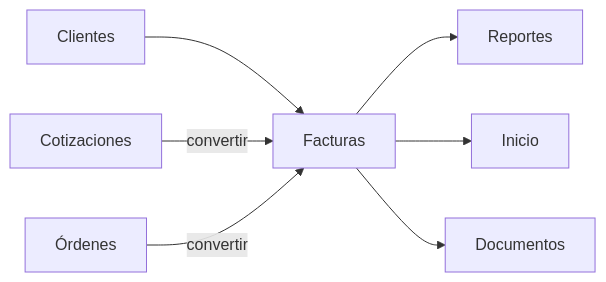
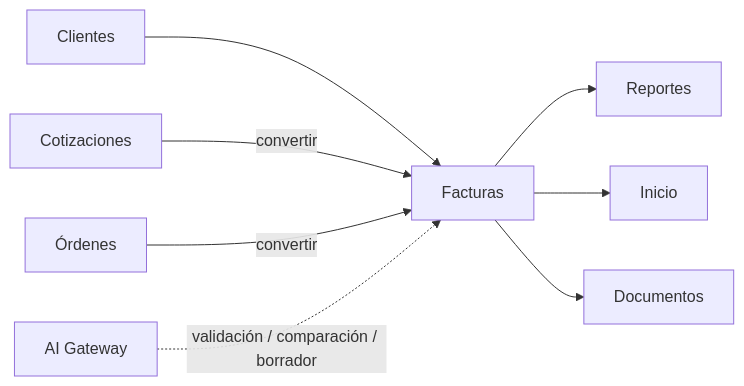
One commit to Ahcast/Bastion changed the diagram in bluehost/backend/app/Modules/Invoices/LINEAMIENTOS.md. Above: the diagram before and after it, drawn with Mermaid. The commit also changed other lines of this file, not shown here.

````diff
--- a/bluehost/backend/app/Modules/Invoices/LINEAMIENTOS.md
+++ b/bluehost/backend/app/Modules/Invoices/LINEAMIENTOS.md
@@ -201,9 +201,10 @@
 ```mermaid
 flowchart LR
     C[Clientes] --> F[Facturas]
     Q[Cotizaciones] -->|convertir| F
     O[Órdenes] -->|convertir| F
     F --> R[Reportes]
     F --> I[Inicio]
     F --> COL[Documentos]
+    AI[AI Gateway] -. validación / comparación / borrador .-> F
 ```
````
